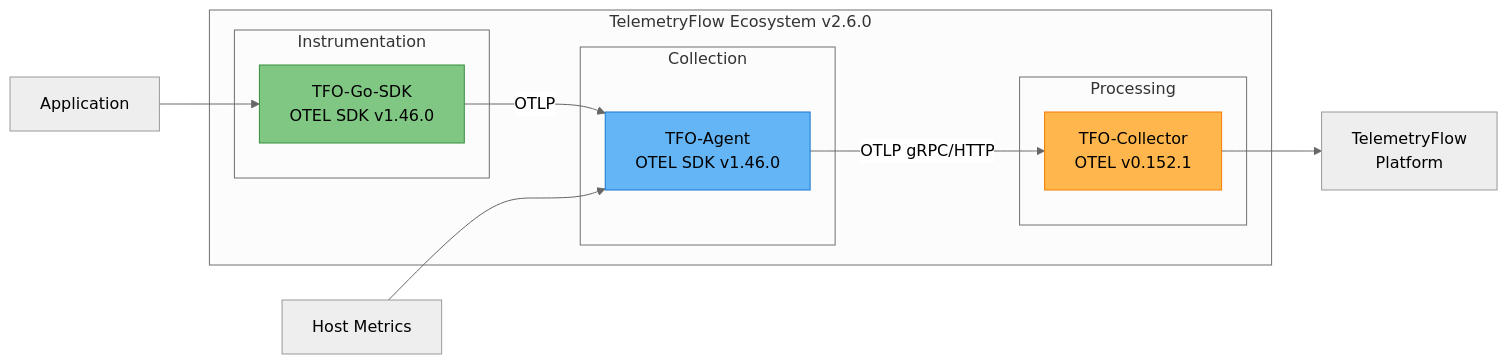
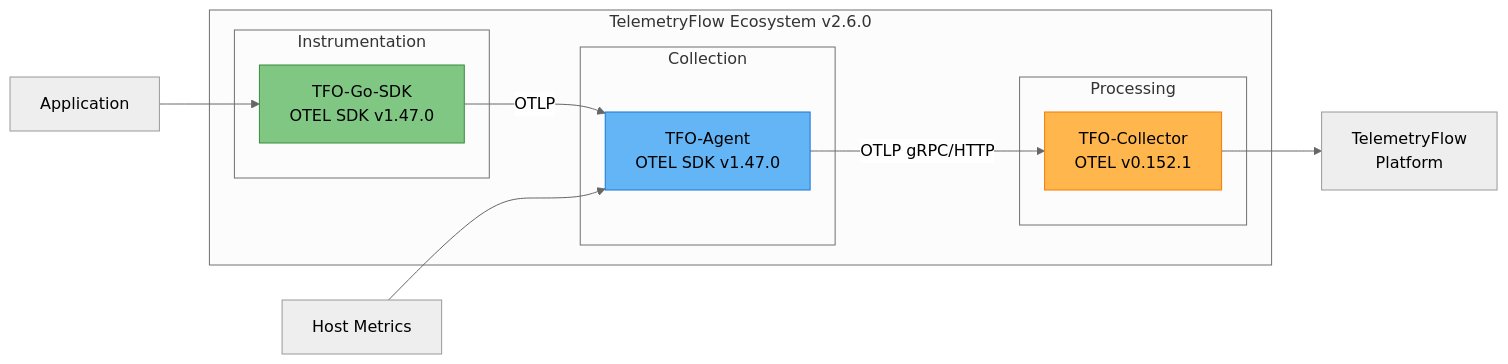
One commit to telemetryflow/telemetryflow-agent changed the diagram in README.md. Above: the diagram before and after it, drawn with Mermaid (neutral theme). The commit also changed other lines of this file and 38 other files, not shown here.

````diff
--- a/README.md
+++ b/README.md
@@ -34,26 +34,26 @@
 ```mermaid
 graph LR
     subgraph "TelemetryFlow Ecosystem v2.6.0"
         subgraph "Instrumentation"
-            SDK[TFO-Go-SDK<br/>OTEL SDK v1.46.0]
+            SDK[TFO-Go-SDK<br/>OTEL SDK v1.47.0]
         end
 
         subgraph "Collection"
-            AGENT[TFO-Agent<br/>OTEL SDK v1.46.0]
+            AGENT[TFO-Agent<br/>OTEL SDK v1.47.0]
         end
 
         subgraph "Processing"
             COLLECTOR[TFO-Collector<br/>OTEL v0.152.1]
         end
     end
 
     APP[Application] --> SDK
     SDK -->|OTLP| AGENT
     HOST[Host Metrics] --> AGENT
     AGENT -->|OTLP gRPC/HTTP| COLLECTOR
     COLLECTOR --> BACKEND[TelemetryFlow<br/>Platform]
 
     style SDK fill:#81C784,stroke:#388E3C
     style AGENT fill:#64B5F6,stroke:#1976D2
     style COLLECTOR fill:#FFB74D,stroke:#F57C00
 ```
````
